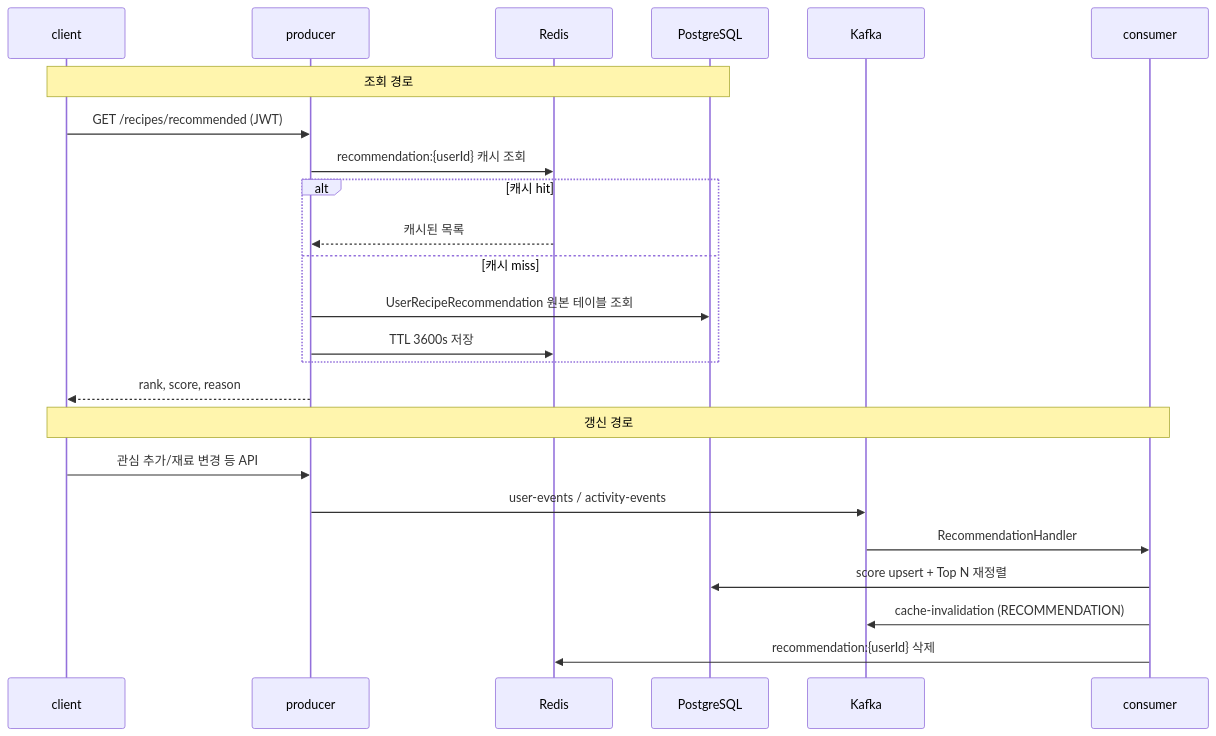
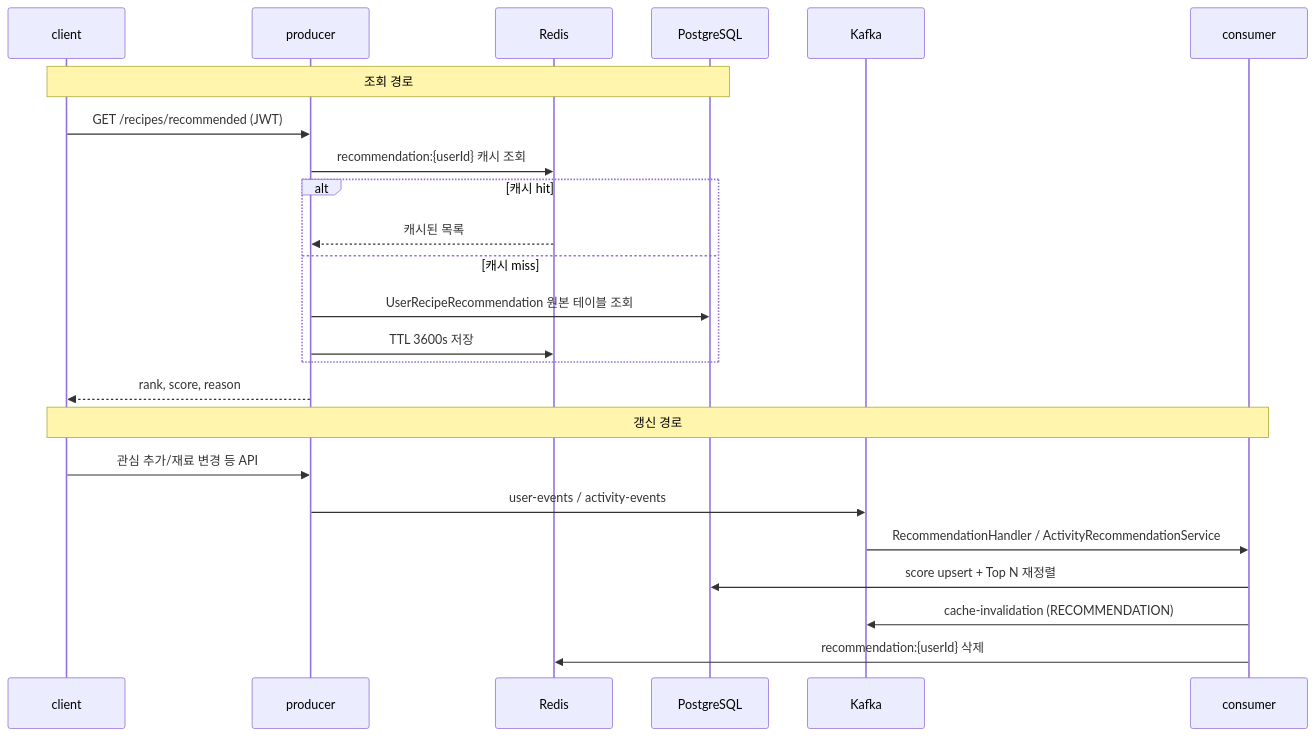
The diagram in docs/docs/project/recommendation.md (tkddnr1022/mealio), drawn with Mermaid before and after one commit. The commit also changed other lines of this file and 20 other files, not shown here.

````diff
--- a/docs/docs/project/recommendation.md
+++ b/docs/docs/project/recommendation.md
@@ -11,28 +11,28 @@
 ```mermaid
 sequenceDiagram
     participant C as client
     participant P as producer
     participant R as Redis
     participant PG as PostgreSQL
     participant K as Kafka
     participant CV as consumer
 
     Note over C,PG: 조회 경로
     C->>P: GET /recipes/recommended (JWT)
     P->>R: recommendation:{userId} 캐시 조회
     alt 캐시 hit
         R-->>P: 캐시된 목록
     else 캐시 miss
         P->>PG: UserRecipeRecommendation 원본 테이블 조회
         P->>R: TTL 3600s 저장
     end
     P-->>C: rank, score, reason
 
     Note over C,CV: 갱신 경로
     C->>P: 관심 추가/재료 변경 등 API
     P->>K: user-events / activity-events
-    K->>CV: RecommendationHandler
+    K->>CV: RecommendationHandler / ActivityRecommendationService
     CV->>PG: score upsert + Top N 재정렬
     CV->>K: cache-invalidation (RECOMMENDATION)
     CV->>R: recommendation:{userId} 삭제
 ```
````
